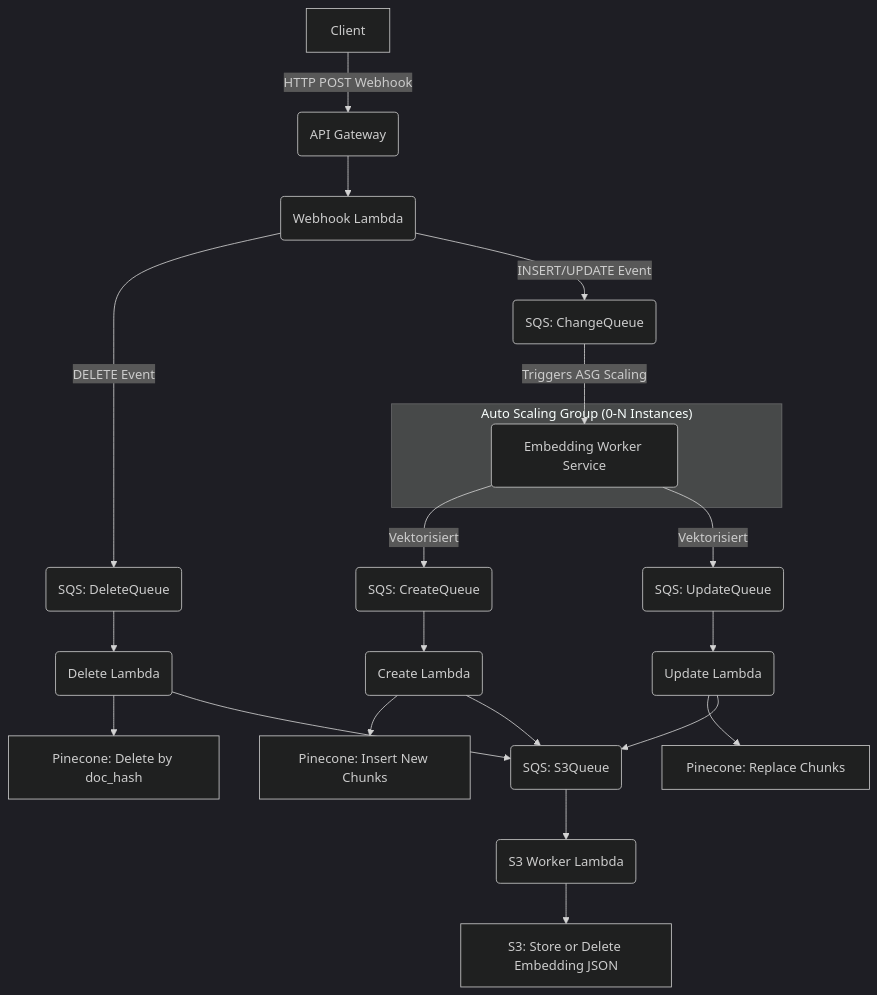
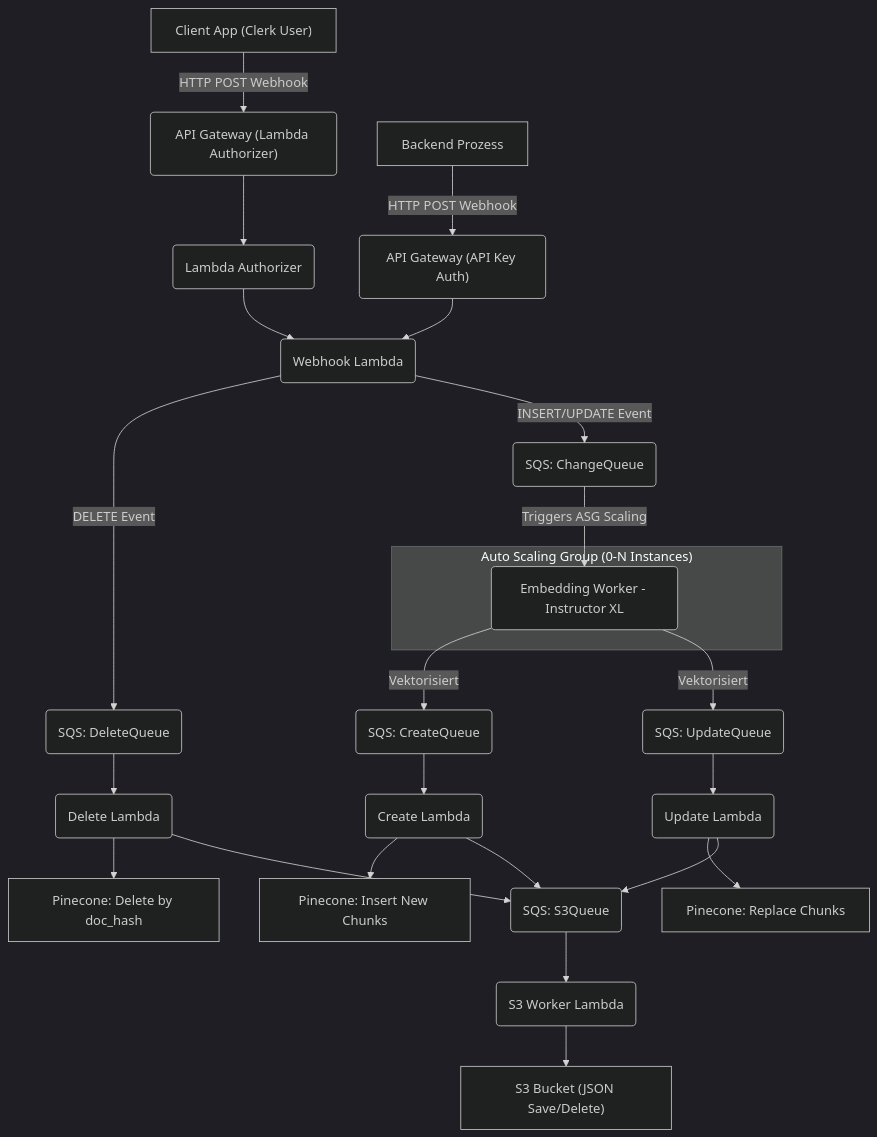
One commit to dyprodg/bloomweaver changed the diagram in README.md. Above: the diagram before and after it, drawn with Mermaid (dark theme). The commit also changed other lines of this file and 1 other file, not shown here.

Commit message:
embedding model change

````diff
--- a/README.md
+++ b/README.md
@@ -68,29 +79,35 @@
 ```mermaid
 flowchart TD
-    Client["Client"] -- HTTP POST Webhook --> APIGateway("API Gateway")
-    APIGateway --> WebhookLambda("Webhook Lambda")
+    Client["Client App (Clerk User)"] -- HTTP POST Webhook --> SecureAPIGateway("API Gateway (Lambda Authorizer)")
+    LocalService["Backend Prozess"] -- HTTP POST Webhook --> SimpleAPIGateway("API Gateway (API Key Auth)")
+
+    SecureAPIGateway --> AuthLambda("Lambda Authorizer")
+    AuthLambda --> WebhookLambda("Webhook Lambda")
+
+    SimpleAPIGateway --> WebhookLambda
+
     WebhookLambda -- DELETE Event --> SQSDeleteQueue("SQS: DeleteQueue")
     WebhookLambda -- INSERT/UPDATE Event --> SQSChangeQueue("SQS: ChangeQueue")
     
     subgraph "Auto Scaling Group (0-N Instances)"
-    EmbeddingWorker("Embedding Worker Service")
+    EmbeddingWorker("Embedding Worker - Instructor XL")
     end
     
     SQSChangeQueue -- Triggers ASG Scaling --> EmbeddingWorker
     EmbeddingWorker -- Vektorisiert --> SQSCreateQueue("SQS: CreateQueue") & SQSUpdateQueue("SQS: UpdateQueue")
     
     SQSCreateQueue --> CreateLambda("Create Lambda")
     SQSUpdateQueue --> UpdateLambda("Update Lambda")
     SQSDeleteQueue --> DeleteLambda("Delete Lambda")
     
     CreateLambda --> PineconeCreate["Pinecone: Insert New Chunks"]
     UpdateLambda --> PineconeUpdate["Pinecone: Replace Chunks"]
     DeleteLambda --> PineconeDelete["Pinecone: Delete by doc_hash"]
     
     CreateLambda --> SQS3Queue("SQS: S3Queue")
     UpdateLambda --> SQS3Queue
     DeleteLambda --> SQS3Queue
     
     SQS3Queue --> S3Lambda("S3 Worker Lambda")
-    S3Lambda --> S3Bucket["S3: Store or Delete Embedding JSON"]
+    S3Lambda --> S3Bucket["S3 Bucket (JSON Save/Delete)"]
 ```
````
